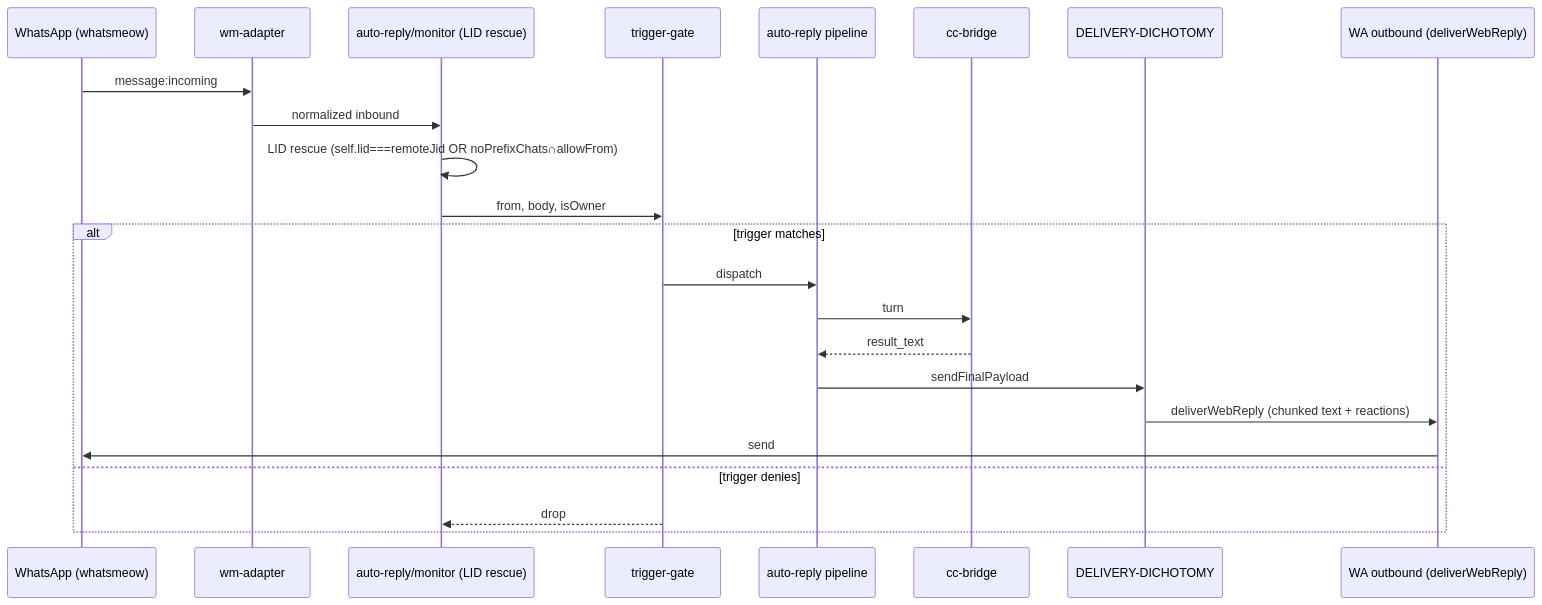
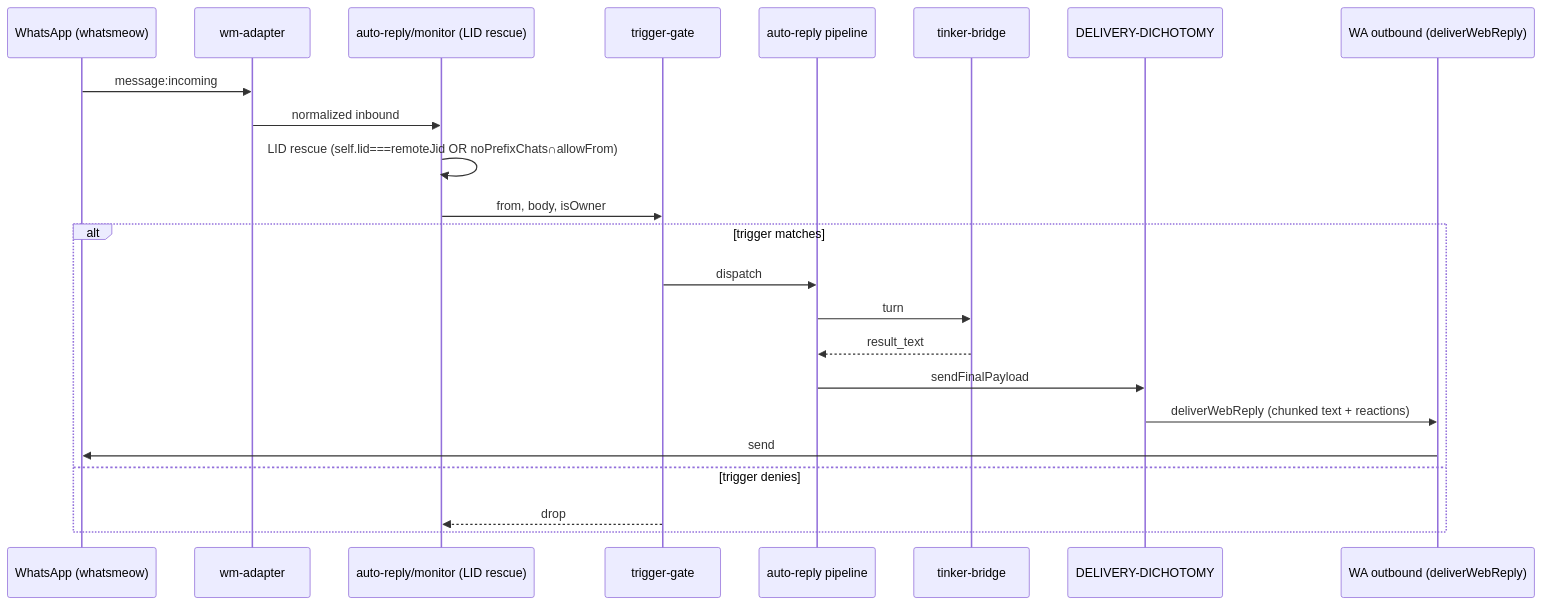
The second of 11 diagrams in TINKER_UI_DESIGN_BIBLE/flows.md (globalcaos/tinkerclaw), drawn with Mermaid before and after one commit. The commit also changed other lines of this file and 197 other files, not shown here.

````diff
--- a/TINKER_UI_DESIGN_BIBLE/flows.md
+++ b/TINKER_UI_DESIGN_BIBLE/flows.md
@@ -84,26 +84,26 @@
 ```mermaid
 sequenceDiagram
   participant WA as WhatsApp (whatsmeow)
   participant ADP as wm-adapter
   participant MON as auto-reply/monitor (LID rescue)
   participant TRG as trigger-gate
   participant AR as auto-reply pipeline
-  participant CC as cc-bridge
+  participant CC as tinker-bridge
   participant DDM as DELIVERY-DICHOTOMY
   participant OUT as WA outbound (deliverWebReply)
 
   WA->>ADP: message:incoming
   ADP->>MON: normalized inbound
   MON->>MON: LID rescue (self.lid===remoteJid OR noPrefixChats∩allowFrom)
   MON->>TRG: from, body, isOwner
   alt trigger matches
     TRG->>AR: dispatch
     AR->>CC: turn
     CC-->>AR: result_text
     AR->>DDM: sendFinalPayload
     DDM->>OUT: deliverWebReply (chunked text + reactions)
     OUT->>WA: send
   else trigger denies
     TRG-->>MON: drop
   end
 ```
````
